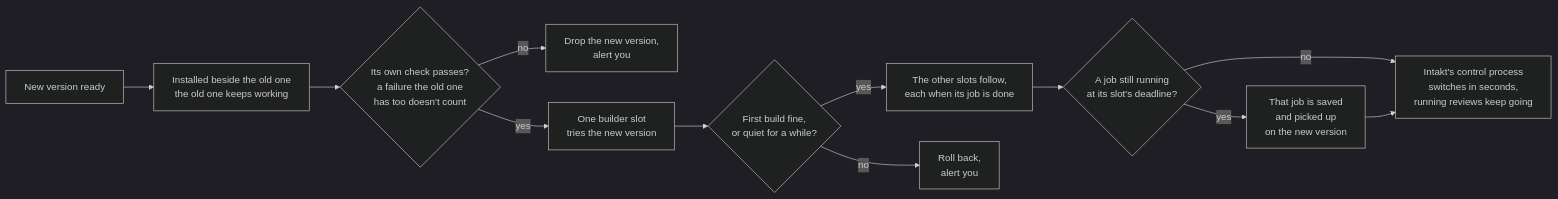
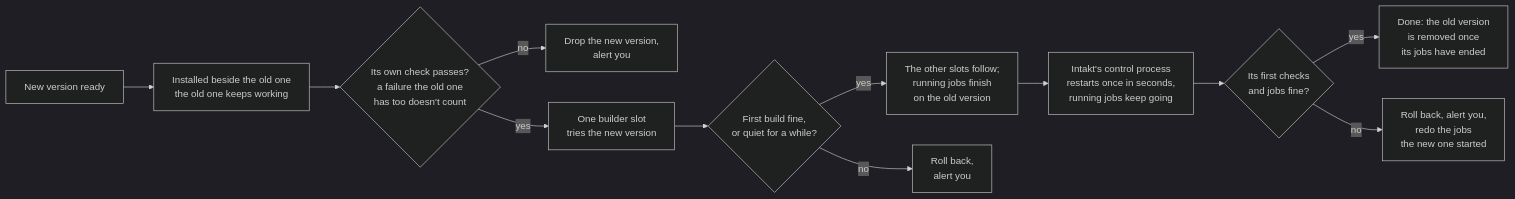
One commit to shinyredapples/intakt changed the fourth of 4 diagrams in docs/guide/the-engine-room.md. Above: the diagram before and after it, drawn with Mermaid (dark theme). The commit also changed other lines of this file and 12 other files, not shown here.

````diff
--- a/docs/guide/the-engine-room.md
+++ b/docs/guide/the-engine-room.md
@@ -134,14 +134,14 @@
 ```mermaid
 flowchart LR
   a[New version ready] --> b[Installed beside the old one<br/>the old one keeps working]
   b --> c{Its own check passes?<br/>a failure the old one<br/>has too doesn't count}
   c -- no --> g[Drop the new version,<br/>alert you]
   c -- yes --> d[One builder slot<br/>tries the new version]
   d --> e{First build fine,<br/>or quiet for a while?}
-  e -- yes --> f[The other slots follow,<br/>each when its job is done]
+  e -- yes --> f[The other slots follow;<br/>running jobs finish<br/>on the old version]
   e -- no --> h[Roll back,<br/>alert you]
-  f --> k{A job still running<br/>at its slot's deadline?}
-  k -- yes --> i[That job is saved<br/>and picked up<br/>on the new version]
-  k -- no --> j[Intakt's control process<br/>switches in seconds,<br/>running reviews keep going]
-  i --> j
+  f --> j[Intakt's control process<br/>restarts once in seconds,<br/>running jobs keep going]
+  j --> k{Its first checks<br/>and jobs fine?}
+  k -- yes --> l[Done: the old version<br/>is removed once<br/>its jobs have ended]
+  k -- no --> m[Roll back, alert you,<br/>redo the jobs<br/>the new one started]
 ```
````
